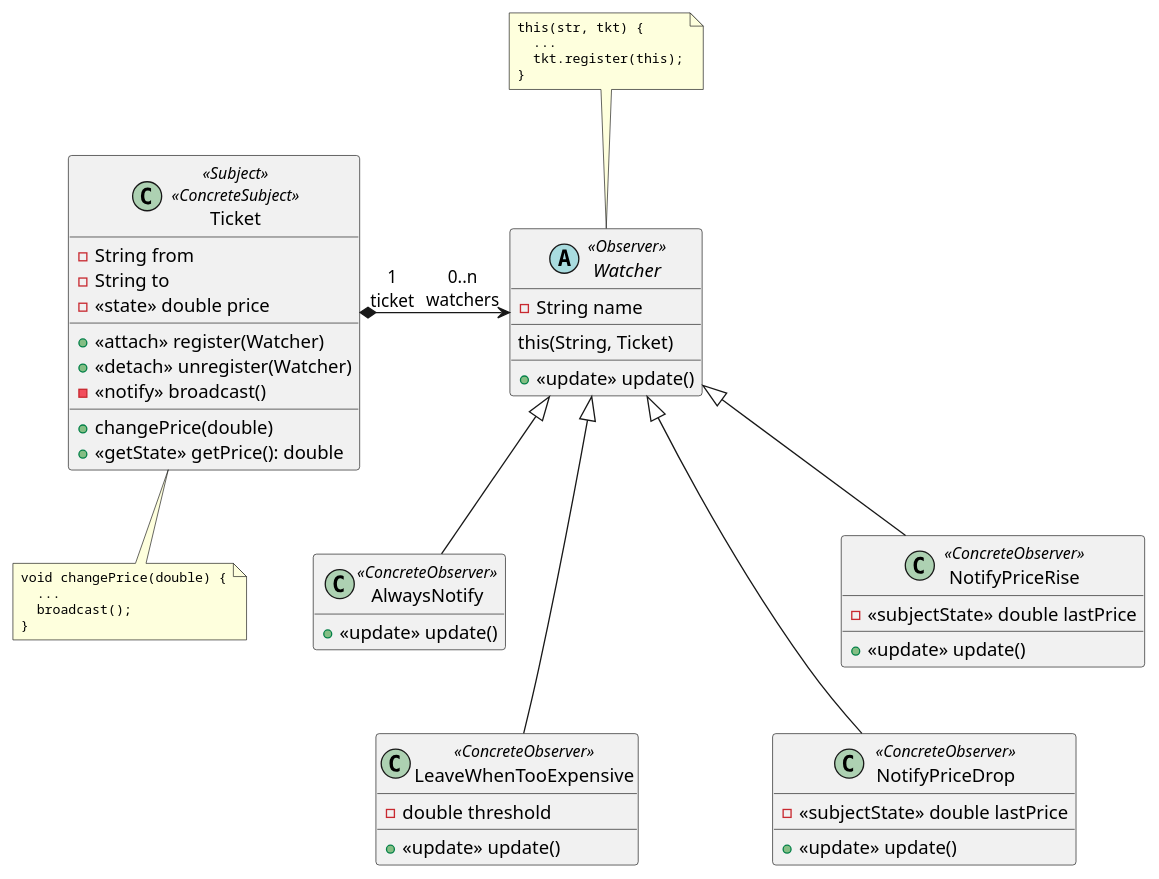
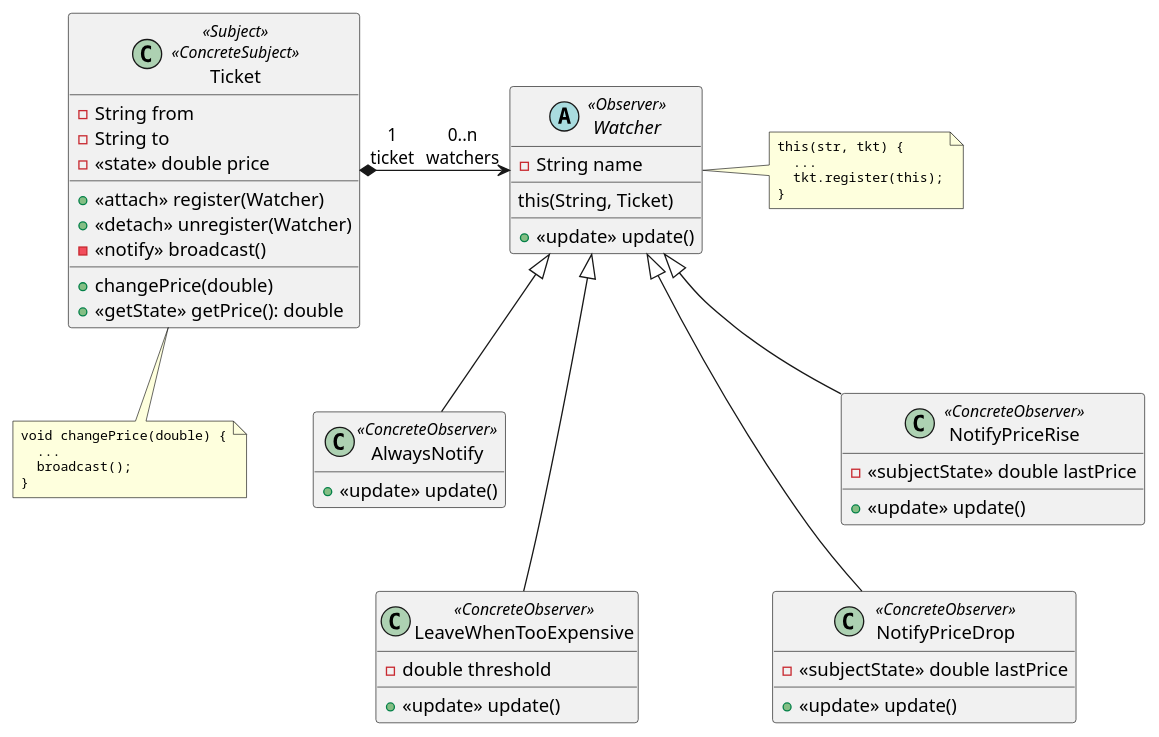
The diagram in comportement/observer/uml/_example.puml (ace-lectures/pattern-repository), drawn with PlantUML before and after one commit. The commit also changed 1 other file, not shown here.

```diff
--- a/comportement/observer/uml/_example.puml
+++ b/comportement/observer/uml/_example.puml
@@ -1,63 +1,63 @@
 @startuml
 
 skinparam nodesep 50
 skinparam ranksep 50
 skinparam noteFontSize 10
 skinparam noteFontName Courier
 hide empty members
 
 class Ticket <<Subject>> <<ConcreteSubject>>{
   - String from
   - String to
   - <<state>> double price
   __
   + <<attach>> register(Watcher)
   + <<detach>> unregister(Watcher)
   - <<notify>> broadcast()
   __
   + changePrice(double)
   + <<getState>> getPrice(): double
 }
 note bottom: void changePrice(double) {\n  ...\n  broadcast();\n}
 
 Ticket "1\nticket" *-> "0..n\nwatchers" Watcher
 
 abstract class Watcher <<Observer>> {
   - String name
   __
   this(String, Ticket)
   __
   + <<update>> update()
 }
-note top: this(str, tkt) {\n  ...\n  tkt.register(this);\n}
+note right: this(str, tkt) {\n  ...\n  tkt.register(this);\n}
 
 Watcher <|-- AlwaysNotify
 Watcher <|-- LeaveWhenTooExpensive
 Watcher <|-- NotifyPriceDrop
 Watcher <|-- NotifyPriceRise
 
 class AlwaysNotify <<ConcreteObserver>> {
   + <<update>> update()
 }
 
 class LeaveWhenTooExpensive <<ConcreteObserver>> {
   - double threshold
   __
   + <<update>> update()
 }
 
 class NotifyPriceDrop <<ConcreteObserver>> {
   - <<subjectState>> double lastPrice
   __
   + <<update>> update()
 }
 
 class NotifyPriceRise <<ConcreteObserver>> {
   - <<subjectState>> double lastPrice
   __
   + <<update>> update()
 }
 
 AlwaysNotify -[hidden]-> LeaveWhenTooExpensive
 NotifyPriceRise -[hidden]-> NotifyPriceDrop
 @enduml
```
